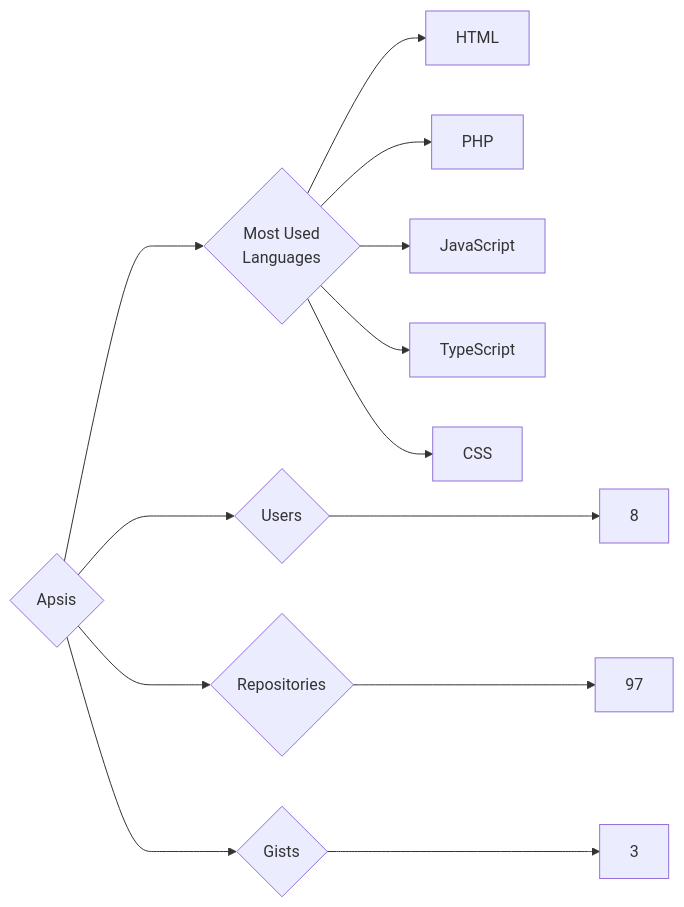
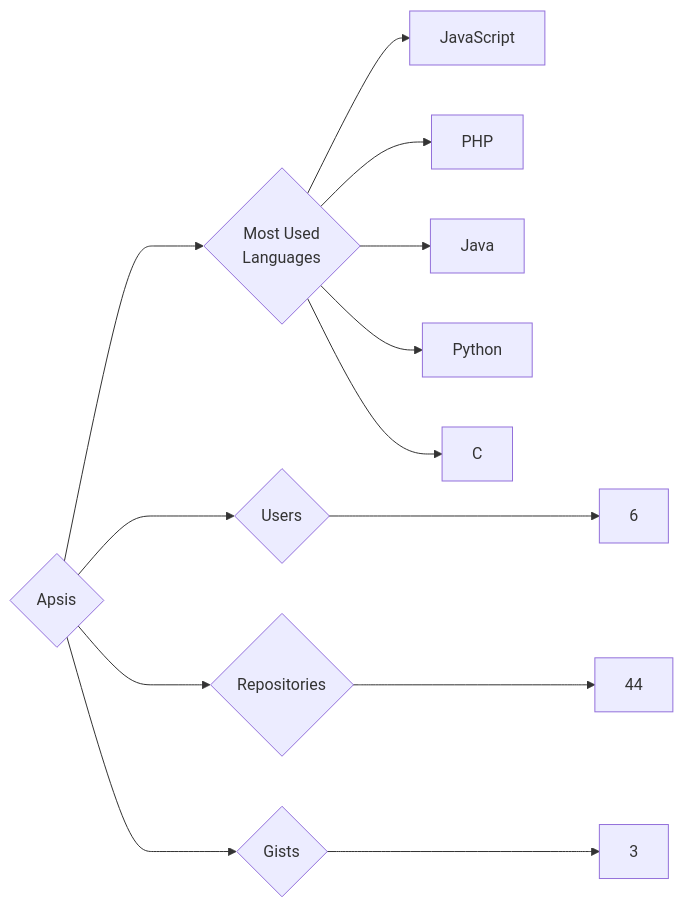
One commit to trickest/insiders changed the diagram in targets/Apsis/README.md. Above: the diagram before and after it, drawn with Mermaid. The commit also changed 1170 other files, not shown here.

````diff
--- a/targets/Apsis/README.md
+++ b/targets/Apsis/README.md
@@ -3,13 +3,13 @@
 ```mermaid
 graph LR
 COMPANY_NAME{Apsis}
-COMPANY_NAME ---> U{Users} ---> UN[8]
-COMPANY_NAME ---> R{Repositories} ---> RN[97]
+COMPANY_NAME ---> U{Users} ---> UN[6]
+COMPANY_NAME ---> R{Repositories} ---> RN[44]
 COMPANY_NAME ---> G{Gists} ---> GN[3]
 COMPANY_NAME ---> ML{Most Used<br>Languages}
-ML --> HTML[HTML]
+ML --> JavaScript[JavaScript]
 ML --> PHP[PHP]
-ML --> JavaScript[JavaScript]
-ML --> TypeScript[TypeScript]
-ML --> CSS[CSS]
+ML --> Java[Java]
+ML --> Python[Python]
+ML --> C[C]
 ```
````
